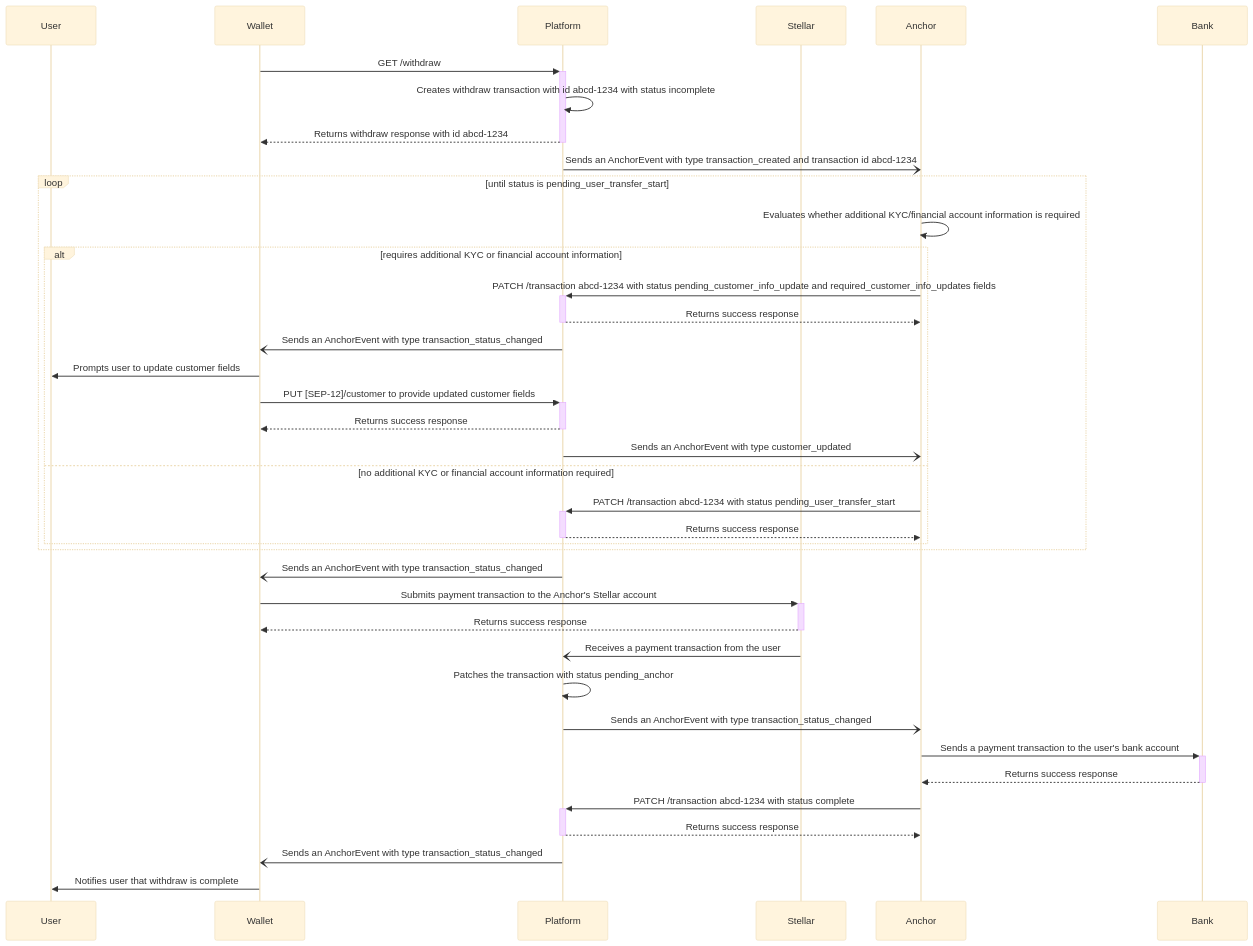
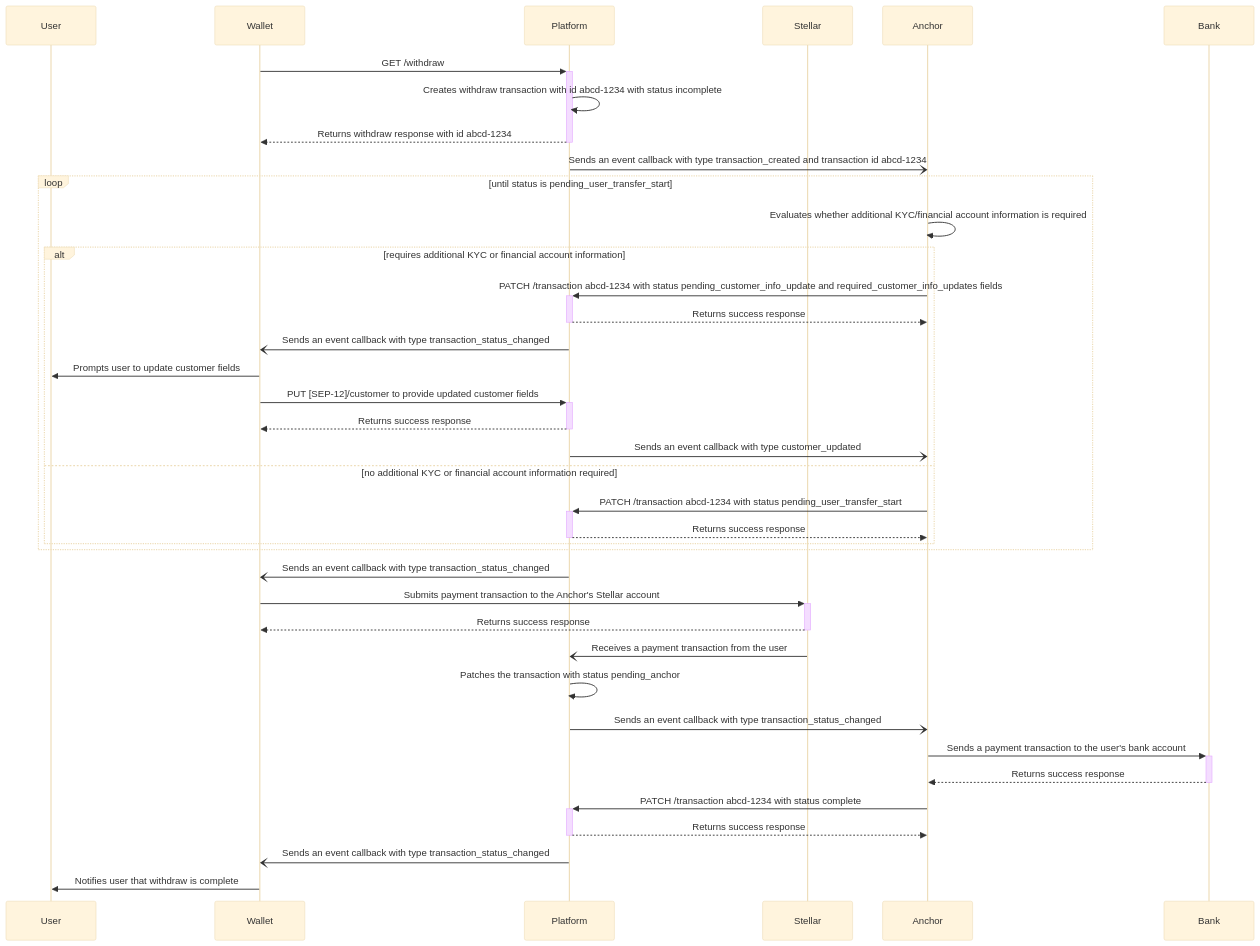
Before and after one commit to stellar/java-stellar-anchor-sdk: the diagram in docs/diagrams/sep6/withdraw.md, drawn with Mermaid (base theme). The commit also changed other lines of this file, not shown here.

Commit message:
PR comments

````diff
--- a/docs/diagrams/sep6/withdraw.md
+++ b/docs/diagrams/sep6/withdraw.md
@@ -7,41 +7,41 @@
 ```mermaid
 sequenceDiagram
   participant User
   participant Wallet
   participant Platform
   participant Stellar
   participant Anchor
   participant Bank
 
   Wallet->>+Platform: GET /withdraw
   Platform->>Platform: Creates withdraw transaction with id abcd-1234 with status incomplete
   Platform-->>-Wallet: Returns withdraw response with id abcd-1234
-  Platform-)Anchor: Sends an AnchorEvent with type transaction_created and transaction id abcd-1234
+  Platform-)Anchor: Sends an event callback with type transaction_created and transaction id abcd-1234
   loop until status is pending_user_transfer_start
     Anchor->>Anchor: Evaluates whether additional KYC/financial account information is required
     alt requires additional KYC or financial account information
       Anchor->>+Platform: PATCH /transaction abcd-1234 with status pending_customer_info_update and required_customer_info_updates fields
       Platform-->>-Anchor: Returns success response
-      Platform-)Wallet: Sends an AnchorEvent with type transaction_status_changed
+      Platform-)Wallet: Sends an event callback with type transaction_status_changed
       Wallet->>User: Prompts user to update customer fields
       Wallet->>+Platform: PUT [SEP-12]/customer to provide updated customer fields
       Platform-->>-Wallet: Returns success response
-      Platform-)Anchor: Sends an AnchorEvent with type customer_updated
+      Platform-)Anchor: Sends an event callback with type customer_updated
     else no additional KYC or financial account information required
       Anchor->>+Platform: PATCH /transaction abcd-1234 with status pending_user_transfer_start
       Platform-->>-Anchor: Returns success response
     end
   end
-  Platform-)Wallet: Sends an AnchorEvent with type transaction_status_changed
+  Platform-)Wallet: Sends an event callback with type transaction_status_changed
   Wallet->>+Stellar: Submits payment transaction to the Anchor's Stellar account
   Stellar-->>-Wallet: Returns success response
   Stellar-)Platform: Receives a payment transaction from the user
   Platform->>Platform: Patches the transaction with status pending_anchor
-  Platform-)Anchor: Sends an AnchorEvent with type transaction_status_changed
+  Platform-)Anchor: Sends an event callback with type transaction_status_changed
   Anchor->>+Bank: Sends a payment transaction to the user's bank account
   Bank-->>-Anchor: Returns success response
   Anchor->>+Platform: PATCH /transaction abcd-1234 with status complete
   Platform-->>-Anchor: Returns success response
-  Platform-)Wallet: Sends an AnchorEvent with type transaction_status_changed
+  Platform-)Wallet: Sends an event callback with type transaction_status_changed
   Wallet->>User: Notifies user that withdraw is complete
 ```
````
